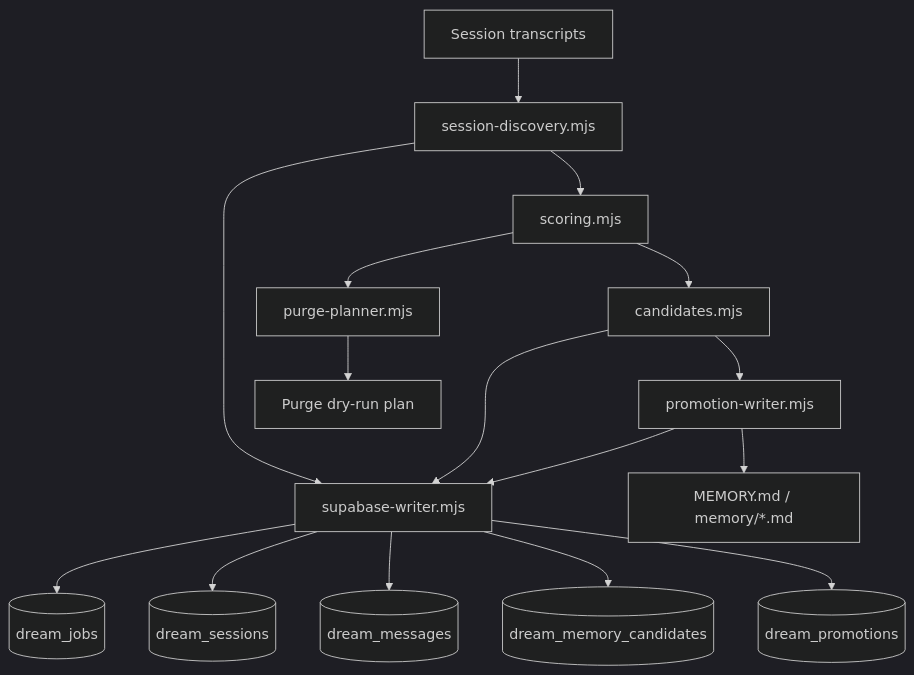
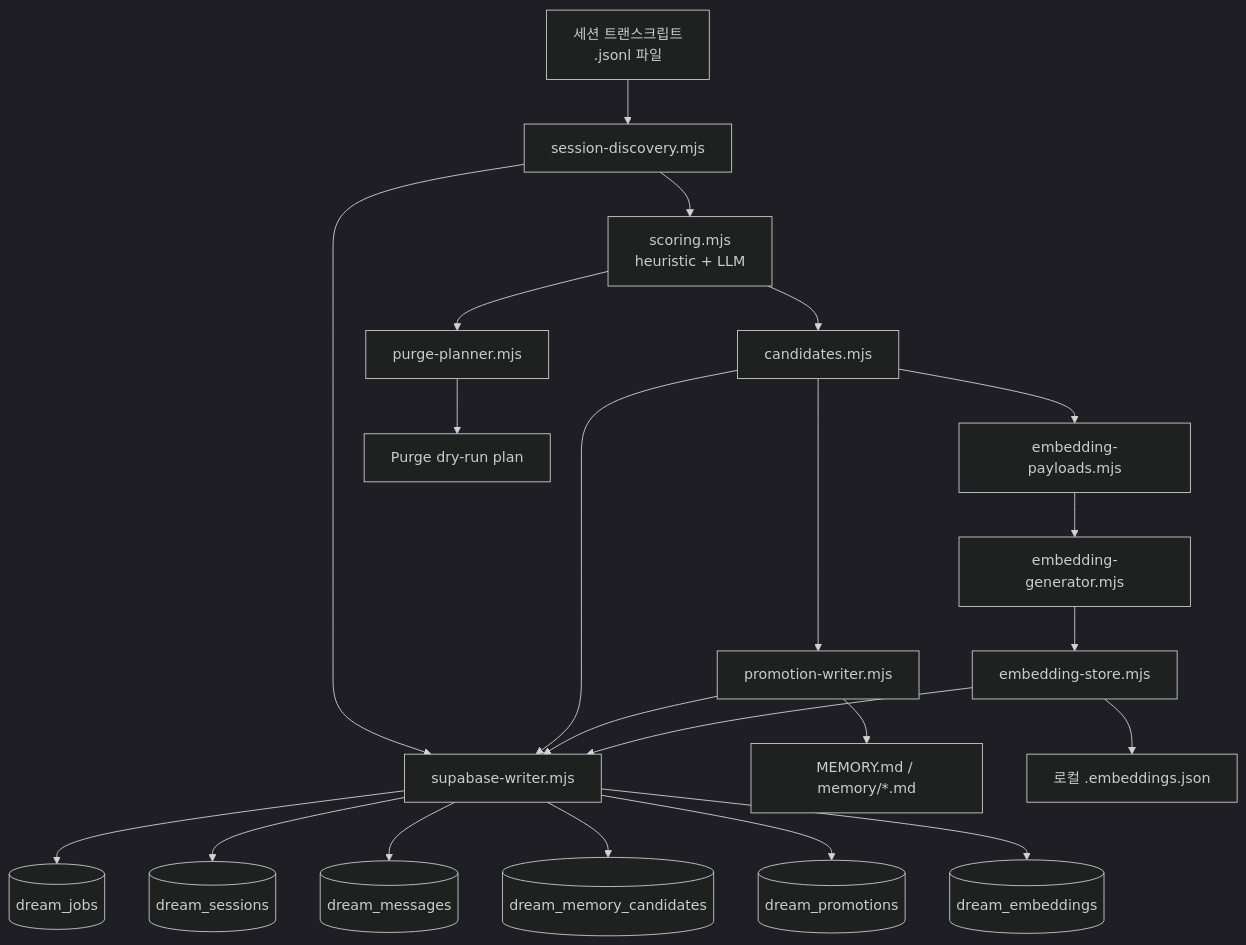
Before and after one commit to kevin-lim59/05_dream: the first of 2 diagrams in README-kr.md, drawn with Mermaid (dark theme). The commit also changed other lines of this file and 1 other file, not shown here.

````diff
--- a/README-kr.md
+++ b/README-kr.md
@@ -66,20 +52,26 @@
 ```mermaid
 flowchart TD
-    A[Session transcripts] --> B[session-discovery.mjs]
-    B --> C[scoring.mjs]
+    A[세션 트랜스크립트<br/>.jsonl 파일] --> B[session-discovery.mjs]
+    B --> C[scoring.mjs<br/>heuristic + LLM]
     C --> D[candidates.mjs]
     D --> E[promotion-writer.mjs]
+    D --> EP[embedding-payloads.mjs]
+    EP --> EG[embedding-generator.mjs]
+    EG --> ES[embedding-store.mjs]
     C --> F[purge-planner.mjs]
     B --> G[supabase-writer.mjs]
     D --> G
     E --> G
+    ES --> G
 
     G --> H[(dream_jobs)]
     G --> I[(dream_sessions)]
     G --> J[(dream_messages)]
     G --> K[(dream_memory_candidates)]
     G --> L[(dream_promotions)]
+    G --> EM[(dream_embeddings)]
 
     E --> M[MEMORY.md / memory/*.md]
     F --> N[Purge dry-run plan]
+    ES --> O[로컬 .embeddings.json]
 ```
````
